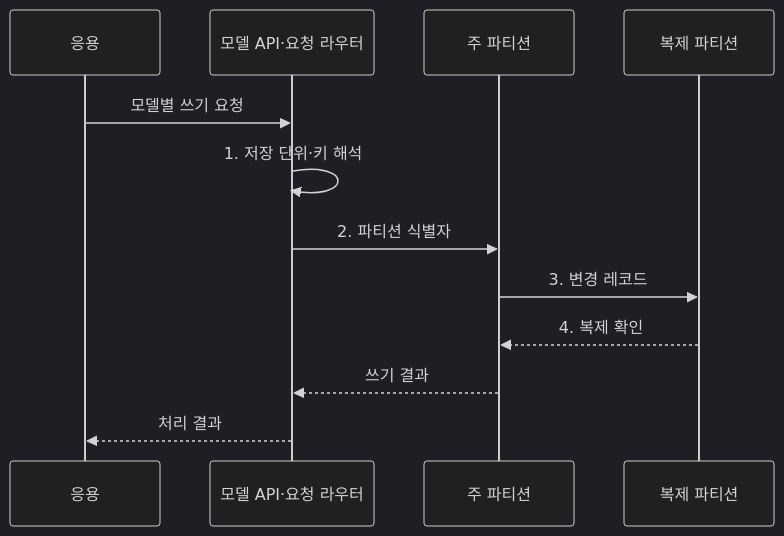
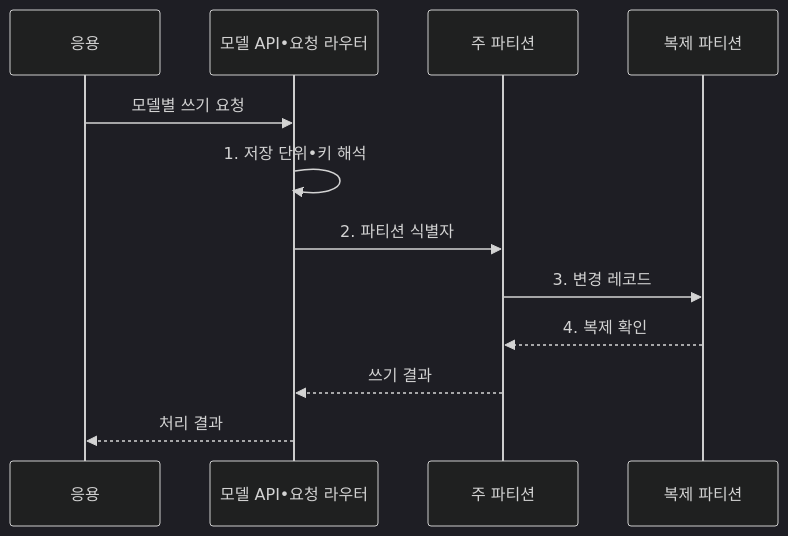
One commit to agnusdei1207/knowledge-base changed the second of 2 diagrams in src/content/docs/notes/03-software/102_nosql_types.md. Above: the diagram before and after it, drawn with Mermaid (dark theme). The commit also changed other lines of this file and 953 other files, not shown here.

````diff
--- a/src/content/docs/notes/03-software/102_nosql_types.md
+++ b/src/content/docs/notes/03-software/102_nosql_types.md
@@ -109,14 +109,14 @@
 ```mermaid
 sequenceDiagram
     participant A as 응용
-    participant D as 모델 API·요청 라우터
+    participant D as 모델 API•요청 라우터
     participant P as 주 파티션
     participant S as 복제 파티션
     A->>D: 모델별 쓰기 요청
-    D->>D: 1. 저장 단위·키 해석
+    D->>D: 1. 저장 단위•키 해석
     D->>P: 2. 파티션 식별자
     P->>S: 3. 변경 레코드
     S-->>P: 4. 복제 확인
     P-->>D: 쓰기 결과
     D-->>A: 처리 결과
 ```
````
